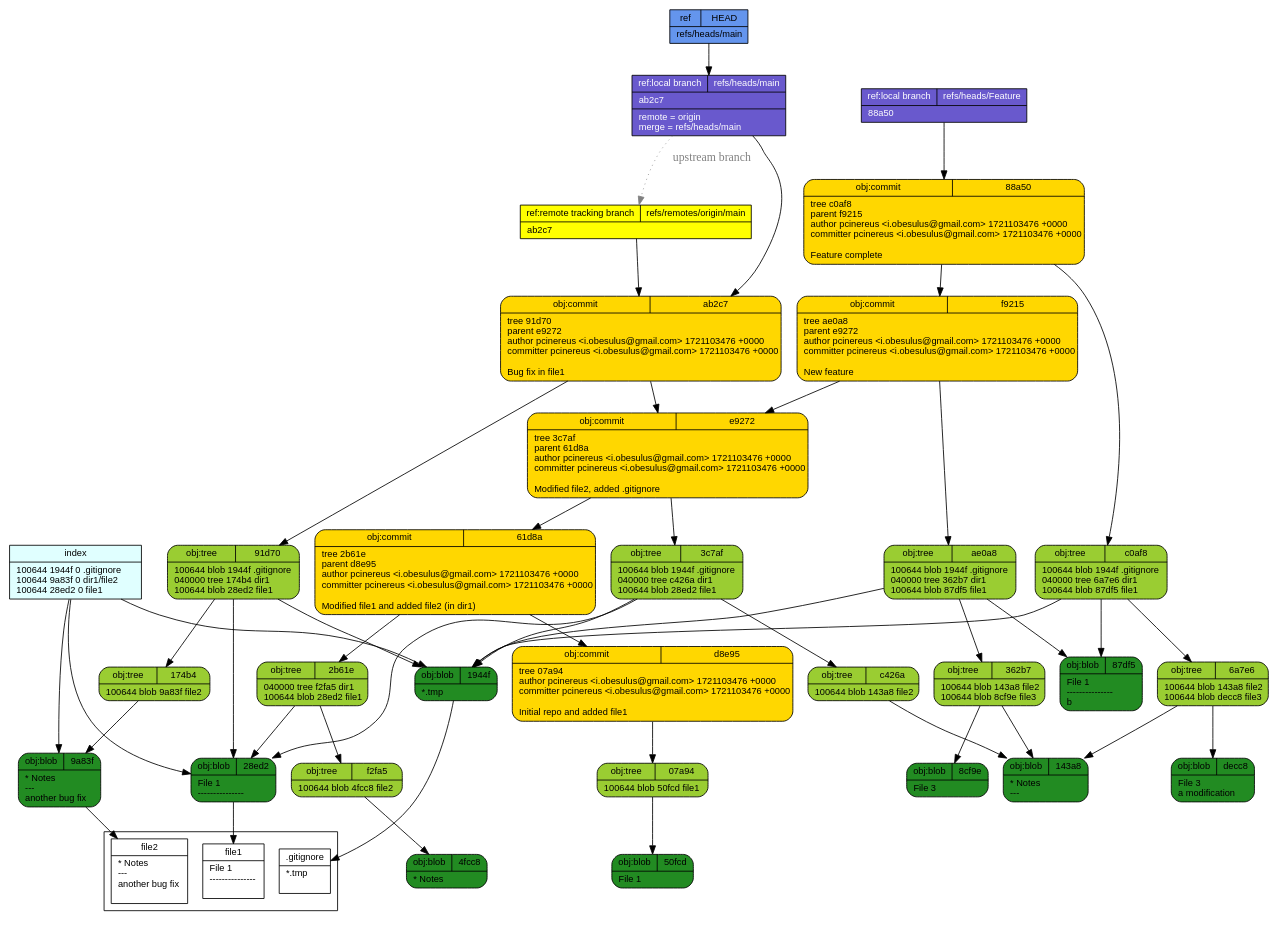
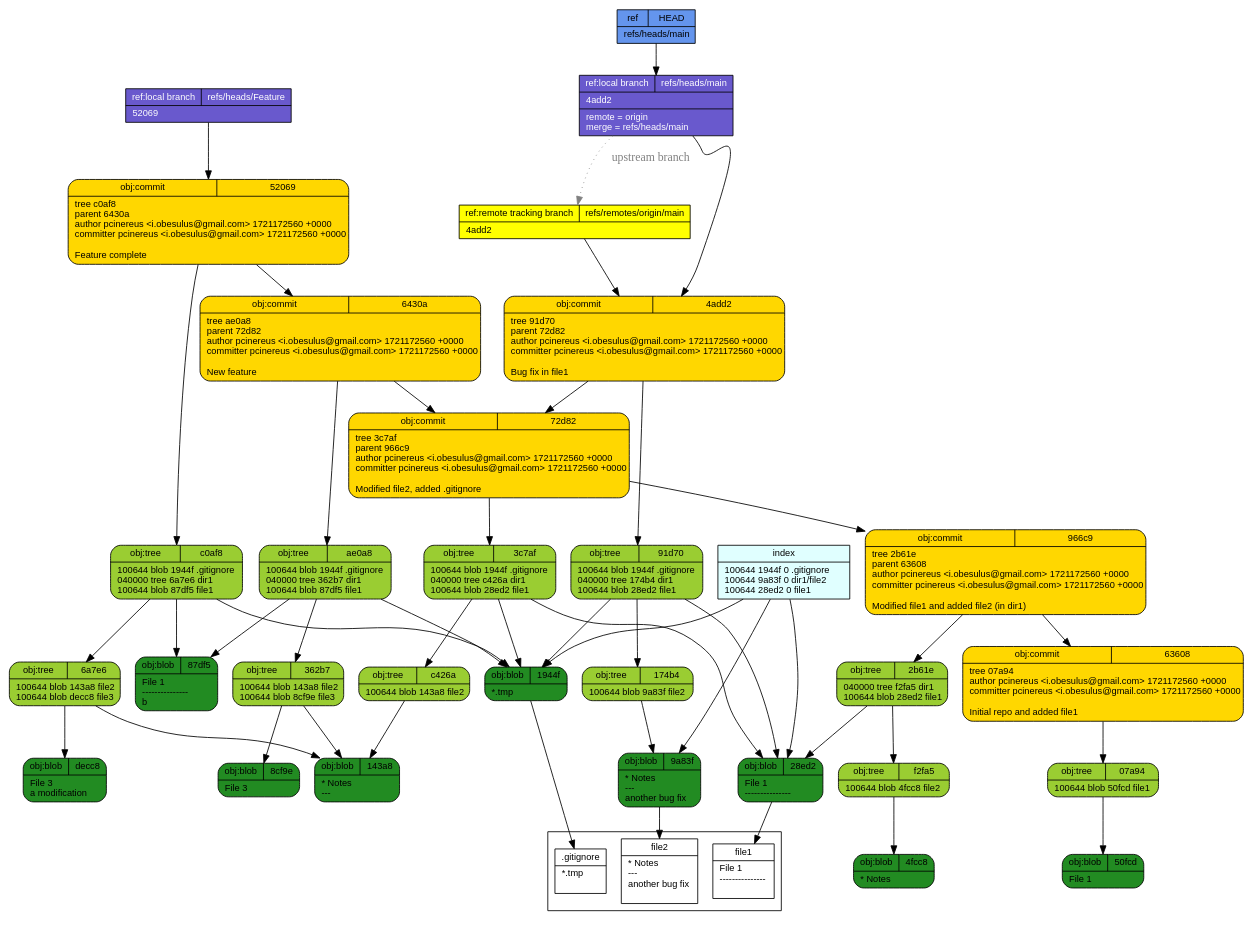
Before and after one commit to pcinereus/SUYRs_documents: the diagram in tut/git-draw.dot, drawn with Graphviz. The commit also changed 615 other files, not shown here.

```diff
--- a/tut/git-draw.dot
+++ b/tut/git-draw.dot
@@ -1,57 +1,57 @@
 digraph structs {
   node [shape=record,fontsize=11,fontname="arial"];
   rankdir="TB";
   _f2fa5 [fillcolor="yellowgreen", style="filled,rounded", label="{{obj:tree|f2fa5}|100644\ blob\ 4fcc8\	file2\l}"]  _f2fa5 -> _4fcc8
+  _966c9 [fillcolor="gold", style="filled,rounded", label="{{obj:commit|966c9}|tree\ 2b61e\lparent\ 63608\lauthor\ pcinereus\ \<i\.obesulus\@gmail\.com\>\ 1721172560\ \+0000\lcommitter\ pcinereus\ \<i\.obesulus\@gmail\.com\>\ 1721172560\ \+0000\l\lModified\ file1\ and\ added\ file2\ \(in\ dir1\)\l}"]  _966c9 -> _2b61e
+  _966c9 -> _63608
+  _72d82 [fillcolor="gold", style="filled,rounded", label="{{obj:commit|72d82}|tree\ 3c7af\lparent\ 966c9\lauthor\ pcinereus\ \<i\.obesulus\@gmail\.com\>\ 1721172560\ \+0000\lcommitter\ pcinereus\ \<i\.obesulus\@gmail\.com\>\ 1721172560\ \+0000\l\lModified\ file2\,\ added\ \.gitignore\l}"]  _72d82 -> _3c7af
+  _72d82 -> _966c9
   _07a94 [fillcolor="yellowgreen", style="filled,rounded", label="{{obj:tree|07a94}|100644\ blob\ 50fcd\	file1\l}"]  _07a94 -> _50fcd
   _143a8 [fillcolor="forestgreen", style="filled,rounded", label="{{obj:blob|143a8}|\*\ Notes\l\-\-\-\l}"]  _c0af8 [fillcolor="yellowgreen", style="filled,rounded", label="{{obj:tree|c0af8}|100644\ blob\ 1944f\	\.gitignore\l040000\ tree\ 6a7e6\	dir1\l100644\ blob\ 87df5\	file1\l}"]  _c0af8 -> _1944f
   _c0af8 -> _6a7e6
   _c0af8 -> _87df5
-  _4fcc8 [fillcolor="forestgreen", style="filled,rounded", label="{{obj:blob|4fcc8}|\*\ Notes\l}"]  _ab2c7 [fillcolor="gold", style="filled,rounded", label="{{obj:commit|ab2c7}|tree\ 91d70\lparent\ e9272\lauthor\ pcinereus\ \<i\.obesulus\@gmail\.com\>\ 1721103476\ \+0000\lcommitter\ pcinereus\ \<i\.obesulus\@gmail\.com\>\ 1721103476\ \+0000\l\lBug\ fix\ in\ file1\l}"]  _ab2c7 -> _91d70
-  _ab2c7 -> _e9272
+  _4fcc8 [fillcolor="forestgreen", style="filled,rounded", label="{{obj:blob|4fcc8}|\*\ Notes\l}"]  _63608 [fillcolor="gold", style="filled,rounded", label="{{obj:commit|63608}|tree\ 07a94\lauthor\ pcinereus\ \<i\.obesulus\@gmail\.com\>\ 1721172560\ \+0000\lcommitter\ pcinereus\ \<i\.obesulus\@gmail\.com\>\ 1721172560\ \+0000\l\lInitial\ repo\ and\ added\ file1\l}"]  _63608 -> _07a94
   _c426a [fillcolor="yellowgreen", style="filled,rounded", label="{{obj:tree|c426a}|100644\ blob\ 143a8\	file2\l}"]  _c426a -> _143a8
-  _1944f [fillcolor="forestgreen", style="filled,rounded", label="{{obj:blob|1944f}|\*\.tmp\l}"]  _88a50 [fillcolor="gold", style="filled,rounded", label="{{obj:commit|88a50}|tree\ c0af8\lparent\ f9215\lauthor\ pcinereus\ \<i\.obesulus\@gmail\.com\>\ 1721103476\ \+0000\lcommitter\ pcinereus\ \<i\.obesulus\@gmail\.com\>\ 1721103476\ \+0000\l\lFeature\ complete\l}"]  _88a50 -> _c0af8
-  _88a50 -> _f9215
-  _50fcd [fillcolor="forestgreen", style="filled,rounded", label="{{obj:blob|50fcd}|File\ 1\l}"]  _61d8a [fillcolor="gold", style="filled,rounded", label="{{obj:commit|61d8a}|tree\ 2b61e\lparent\ d8e95\lauthor\ pcinereus\ \<i\.obesulus\@gmail\.com\>\ 1721103476\ \+0000\lcommitter\ pcinereus\ \<i\.obesulus\@gmail\.com\>\ 1721103476\ \+0000\l\lModified\ file1\ and\ added\ file2\ \(in\ dir1\)\l}"]  _61d8a -> _2b61e
-  _61d8a -> _d8e95
-  _8cf9e [fillcolor="forestgreen", style="filled,rounded", label="{{obj:blob|8cf9e}|File\ 3\l}"]  _91d70 [fillcolor="yellowgreen", style="filled,rounded", label="{{obj:tree|91d70}|100644\ blob\ 1944f\	\.gitignore\l040000\ tree\ 174b4\	dir1\l100644\ blob\ 28ed2\	file1\l}"]  _91d70 -> _1944f
+  _1944f [fillcolor="forestgreen", style="filled,rounded", label="{{obj:blob|1944f}|\*\.tmp\l}"]  _50fcd [fillcolor="forestgreen", style="filled,rounded", label="{{obj:blob|50fcd}|File\ 1\l}"]  _8cf9e [fillcolor="forestgreen", style="filled,rounded", label="{{obj:blob|8cf9e}|File\ 3\l}"]  _6430a [fillcolor="gold", style="filled,rounded", label="{{obj:commit|6430a}|tree\ ae0a8\lparent\ 72d82\lauthor\ pcinereus\ \<i\.obesulus\@gmail\.com\>\ 1721172560\ \+0000\lcommitter\ pcinereus\ \<i\.obesulus\@gmail\.com\>\ 1721172560\ \+0000\l\lNew\ feature\l}"]  _6430a -> _ae0a8
+  _6430a -> _72d82
+  _91d70 [fillcolor="yellowgreen", style="filled,rounded", label="{{obj:tree|91d70}|100644\ blob\ 1944f\	\.gitignore\l040000\ tree\ 174b4\	dir1\l100644\ blob\ 28ed2\	file1\l}"]  _91d70 -> _1944f
   _91d70 -> _174b4
   _91d70 -> _28ed2
   _9a83f [fillcolor="forestgreen", style="filled,rounded", label="{{obj:blob|9a83f}|\*\ Notes\l\-\-\-\l\ another\ bug\ fix\l}"]  _ae0a8 [fillcolor="yellowgreen", style="filled,rounded", label="{{obj:tree|ae0a8}|100644\ blob\ 1944f\	\.gitignore\l040000\ tree\ 362b7\	dir1\l100644\ blob\ 87df5\	file1\l}"]  _ae0a8 -> _1944f
   _ae0a8 -> _362b7
   _ae0a8 -> _87df5
-  _e9272 [fillcolor="gold", style="filled,rounded", label="{{obj:commit|e9272}|tree\ 3c7af\lparent\ 61d8a\lauthor\ pcinereus\ \<i\.obesulus\@gmail\.com\>\ 1721103476\ \+0000\lcommitter\ pcinereus\ \<i\.obesulus\@gmail\.com\>\ 1721103476\ \+0000\l\lModified\ file2\,\ added\ \.gitignore\l}"]  _e9272 -> _3c7af
-  _e9272 -> _61d8a
-  _f9215 [fillcolor="gold", style="filled,rounded", label="{{obj:commit|f9215}|tree\ ae0a8\lparent\ e9272\lauthor\ pcinereus\ \<i\.obesulus\@gmail\.com\>\ 1721103476\ \+0000\lcommitter\ pcinereus\ \<i\.obesulus\@gmail\.com\>\ 1721103476\ \+0000\l\lNew\ feature\l}"]  _f9215 -> _ae0a8
-  _f9215 -> _e9272
+  _4add2 [fillcolor="gold", style="filled,rounded", label="{{obj:commit|4add2}|tree\ 91d70\lparent\ 72d82\lauthor\ pcinereus\ \<i\.obesulus\@gmail\.com\>\ 1721172560\ \+0000\lcommitter\ pcinereus\ \<i\.obesulus\@gmail\.com\>\ 1721172560\ \+0000\l\lBug\ fix\ in\ file1\l}"]  _4add2 -> _91d70
+  _4add2 -> _72d82
   _2b61e [fillcolor="yellowgreen", style="filled,rounded", label="{{obj:tree|2b61e}|040000\ tree\ f2fa5\	dir1\l100644\ blob\ 28ed2\	file1\l}"]  _2b61e -> _f2fa5
   _2b61e -> _28ed2
-  _d8e95 [fillcolor="gold", style="filled,rounded", label="{{obj:commit|d8e95}|tree\ 07a94\lauthor\ pcinereus\ \<i\.obesulus\@gmail\.com\>\ 1721103476\ \+0000\lcommitter\ pcinereus\ \<i\.obesulus\@gmail\.com\>\ 1721103476\ \+0000\l\lInitial\ repo\ and\ added\ file1\l}"]  _d8e95 -> _07a94
   _87df5 [fillcolor="forestgreen", style="filled,rounded", label="{{obj:blob|87df5}|File\ 1\l\-\-\-\-\-\-\-\-\-\-\-\-\-\-\-\lb\l}"]  _362b7 [fillcolor="yellowgreen", style="filled,rounded", label="{{obj:tree|362b7}|100644\ blob\ 143a8\	file2\l100644\ blob\ 8cf9e\	file3\l}"]  _362b7 -> _143a8
   _362b7 -> _8cf9e
   _3c7af [fillcolor="yellowgreen", style="filled,rounded", label="{{obj:tree|3c7af}|100644\ blob\ 1944f\	\.gitignore\l040000\ tree\ c426a\	dir1\l100644\ blob\ 28ed2\	file1\l}"]  _3c7af -> _1944f
   _3c7af -> _c426a
   _3c7af -> _28ed2
   _28ed2 [fillcolor="forestgreen", style="filled,rounded", label="{{obj:blob|28ed2}|File\ 1\l\-\-\-\-\-\-\-\-\-\-\-\-\-\-\-\l}"]  _6a7e6 [fillcolor="yellowgreen", style="filled,rounded", label="{{obj:tree|6a7e6}|100644\ blob\ 143a8\	file2\l100644\ blob\ decc8\	file3\l}"]  _6a7e6 -> _143a8
   _6a7e6 -> _decc8
   _174b4 [fillcolor="yellowgreen", style="filled,rounded", label="{{obj:tree|174b4}|100644\ blob\ 9a83f\	file2\l}"]  _174b4 -> _9a83f
-  _decc8 [fillcolor="forestgreen", style="filled,rounded", label="{{obj:blob|decc8}|File\ 3\l\ a\ modification\l}"]  _refs___heads___Feature [style=filled, fillcolor=slateblue3, fontcolor = white,  label="{{ref:local branch|refs\/heads\/Feature}|88a50\l}"]
-  _refs___heads___Feature -> _88a50
+  _decc8 [fillcolor="forestgreen", style="filled,rounded", label="{{obj:blob|decc8}|File\ 3\l\ a\ modification\l}"]  _52069 [fillcolor="gold", style="filled,rounded", label="{{obj:commit|52069}|tree\ c0af8\lparent\ 6430a\lauthor\ pcinereus\ \<i\.obesulus\@gmail\.com\>\ 1721172560\ \+0000\lcommitter\ pcinereus\ \<i\.obesulus\@gmail\.com\>\ 1721172560\ \+0000\l\lFeature\ complete\l}"]  _52069 -> _c0af8
+  _52069 -> _6430a
+  _refs___heads___Feature [style=filled, fillcolor=slateblue3, fontcolor = white,  label="{{ref:local branch|refs\/heads\/Feature}|52069\l}"]
+  _refs___heads___Feature -> _52069
   _refs___heads___main -> _refs___remotes___origin___main [style=dotted, color=gray, fontcolor=gray, label="upstream branch"]
-  _refs___heads___main [style=filled, fillcolor=slateblue3, fontcolor = white,  label="{{ref:local branch|refs\/heads\/main}|ab2c7\l|remote\ \=\ origin\lmerge\ \=\ refs\/heads\/main\l}"]
-  _refs___heads___main -> _ab2c7
-  _refs___remotes___origin___main [style=filled, fillcolor=yellow, fontcolor = black,  label="{{ref:remote tracking branch|refs\/remotes\/origin\/main}|ab2c7\l}"]
-  _refs___remotes___origin___main -> _ab2c7
+  _refs___heads___main [style=filled, fillcolor=slateblue3, fontcolor = white,  label="{{ref:local branch|refs\/heads\/main}|4add2\l|remote\ \=\ origin\lmerge\ \=\ refs\/heads\/main\l}"]
+  _refs___heads___main -> _4add2
+  _refs___remotes___origin___main [style=filled, fillcolor=yellow, fontcolor = black,  label="{{ref:remote tracking branch|refs\/remotes\/origin\/main}|4add2\l}"]
+  _refs___remotes___origin___main -> _4add2
   _HEAD [style=filled, fillcolor=cornflowerblue, fontcolor=black,  label="{{ref|HEAD}|refs\/heads\/main\l}"]
   _HEAD -> _refs___heads___main
   index -> _1944f
   index -> _9a83f
   index -> _28ed2
   index [style=filled, fillcolor=lightcyan, label="{{index}|100644\ 1944f\ 0\	\.gitignore\l100644\ 9a83f\ 0\	dir1\/file2\l100644\ 28ed2\ 0\	file1\l}"]
 subgraph cluster_1 {rank=sink  _gitignore [fillcolor="white", label="{{.gitignore}|*.tmp\l\l}"] 
   _file2 [fillcolor="white", label="{{file2}|* Notes\l---\l another bug fix\l\l}"] 
   _file1 [fillcolor="white", label="{{file1}|File 1\l---------------\l\l}"] 
 }
  _1944f -> _gitignore
  _9a83f -> _file2
  _28ed2 -> _file1
 }
```
